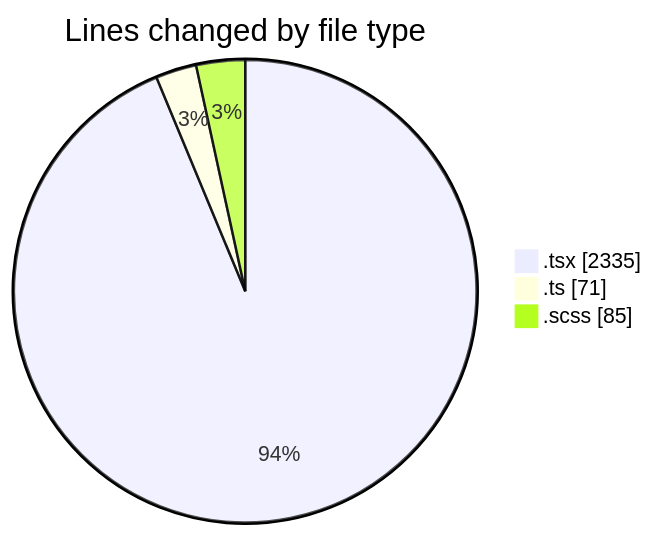
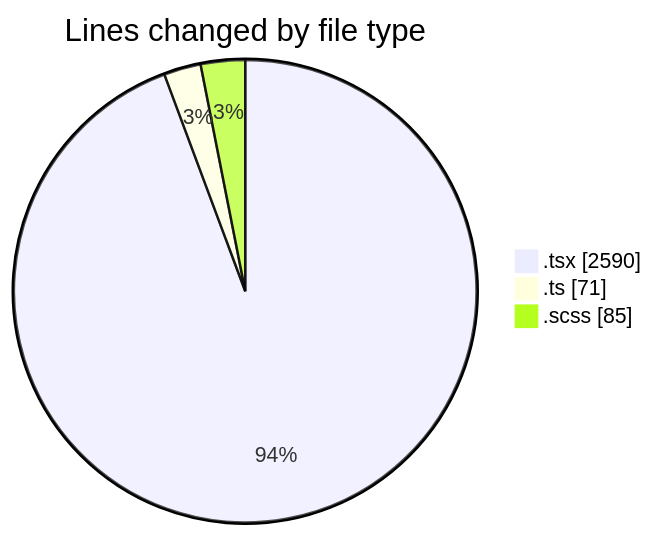
Before and after one commit to momahboobian/code-tracking: the first of 2 diagrams in 2025-02-11/cda/README.md, drawn with Mermaid. The commit also changed other lines of this file and 1 other file, not shown here.

````diff
--- a/2025-02-11/cda/README.md
+++ b/2025-02-11/cda/README.md
@@ -24,7 +24,7 @@
 ```mermaid
 pie showData
 title Lines changed by file type
-".tsx" : 2335
+".tsx" : 2590
 ".ts" : 71
 ".scss" : 85
 ```
````
